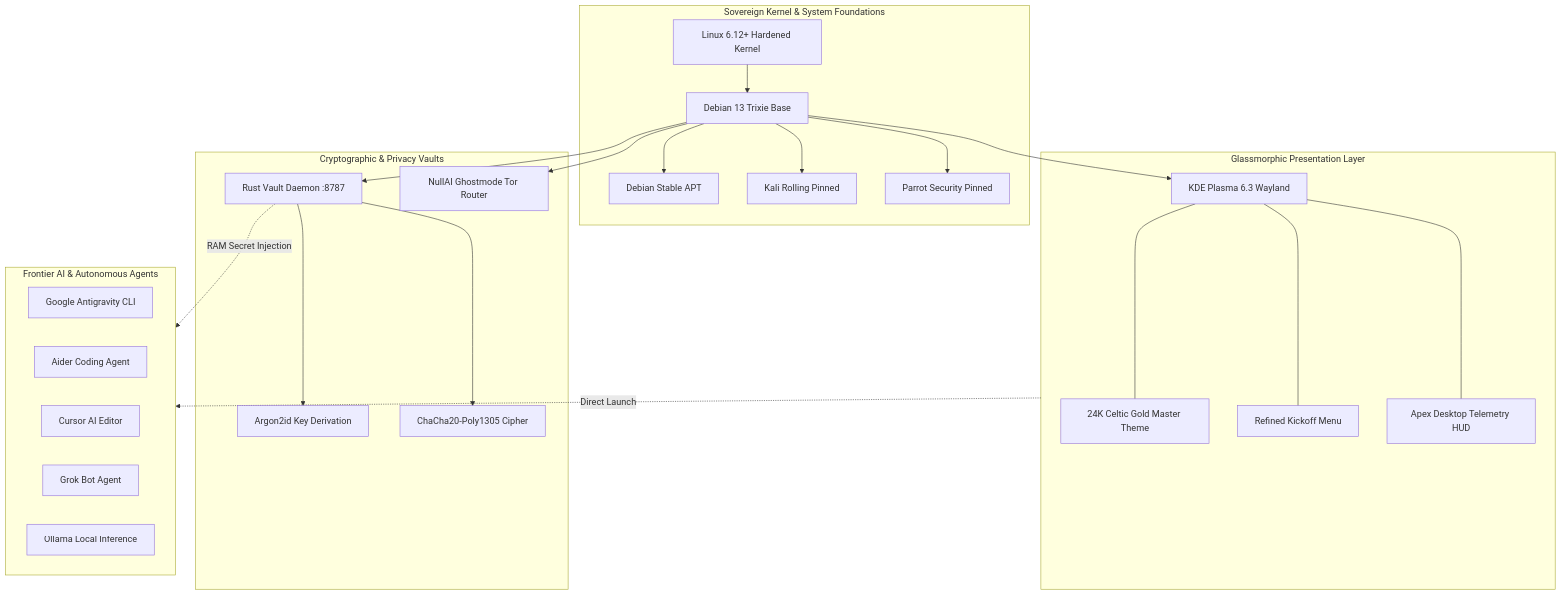
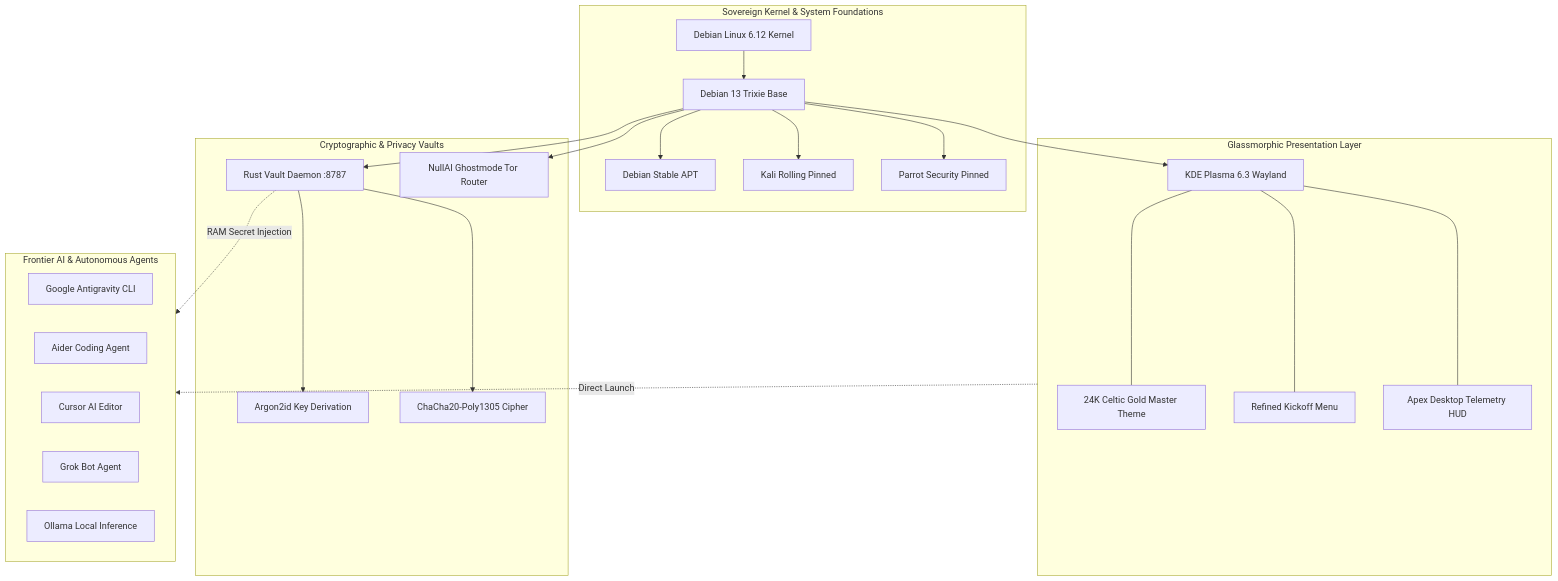
The first of 3 diagrams in README.md (NullAITech/zoth-os), drawn with Mermaid before and after one commit. The commit also changed other lines of this file and 4 other files, not shown here.

````diff
--- a/README.md
+++ b/README.md
@@ -179,44 +176,44 @@
 ```mermaid
 graph TB
     subgraph Core ["Sovereign Kernel & System Foundations"]
-        K[Linux 6.12+ Hardened Kernel]
+        K[Debian Linux 6.12 Kernel]
         D[Debian 13 Trixie Base]
         K --> D
         D --> APT1[Debian Stable APT]
         D --> APT2[Kali Rolling Pinned]
         D --> APT3[Parrot Security Pinned]
     end
 
     subgraph UI ["Glassmorphic Presentation Layer"]
         W[KDE Plasma 6.3 Wayland]
         TH[24K Celtic Gold Master Theme]
         KO[Refined Kickoff Menu]
         HUD[Apex Desktop Telemetry HUD]
         W --- TH
         W --- KO
         W --- HUD
     end
 
     subgraph Security ["Cryptographic & Privacy Vaults"]
         V[Rust Vault Daemon :8787]
         A2[Argon2id Key Derivation]
         C20[ChaCha20-Poly1305 Cipher]
         GM[NullAI Ghostmode Tor Router]
         V --> A2
         V --> C20
     end
 
     subgraph AI ["Frontier AI & Autonomous Agents"]
         AG[Google Antigravity CLI]
         AD[Aider Coding Agent]
         CR[Cursor AI Editor]
         GK[Grok Bot Agent]
         OL[Ollama Local Inference]
     end
 
     D --> W
     D --> V
     D --> GM
     V -.->|RAM Secret Injection| AI
     UI -.->|Direct Launch| AI
 ```
````
